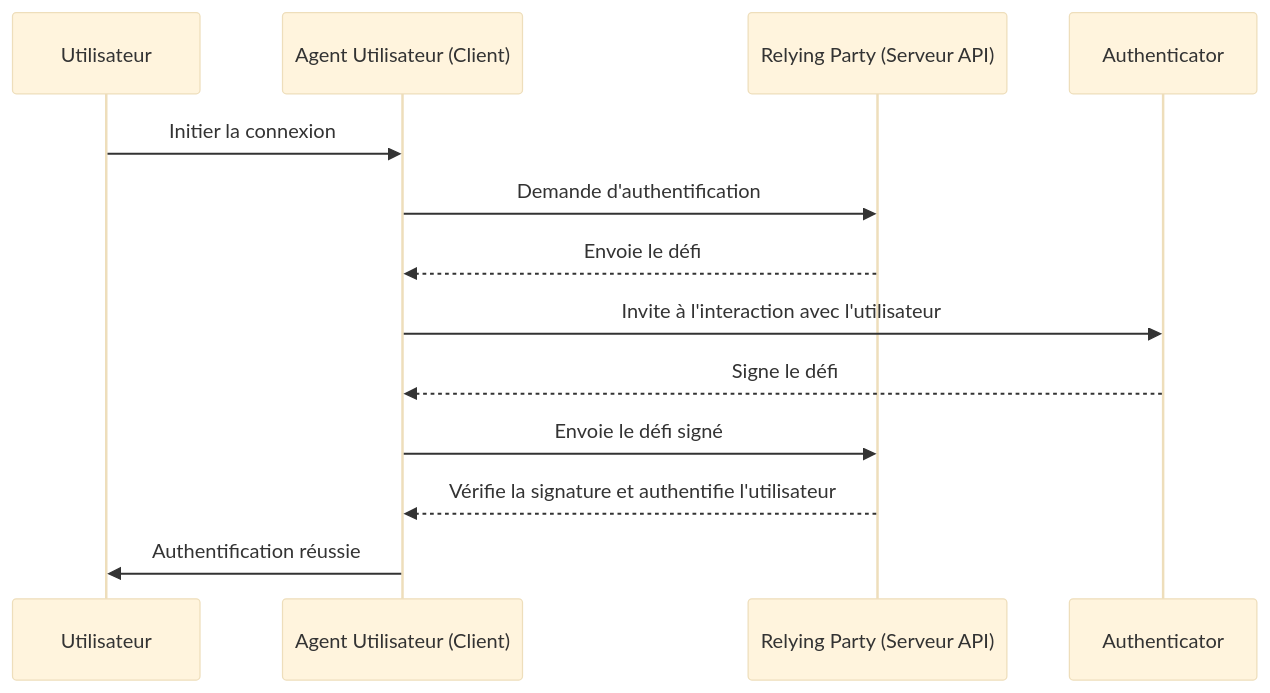
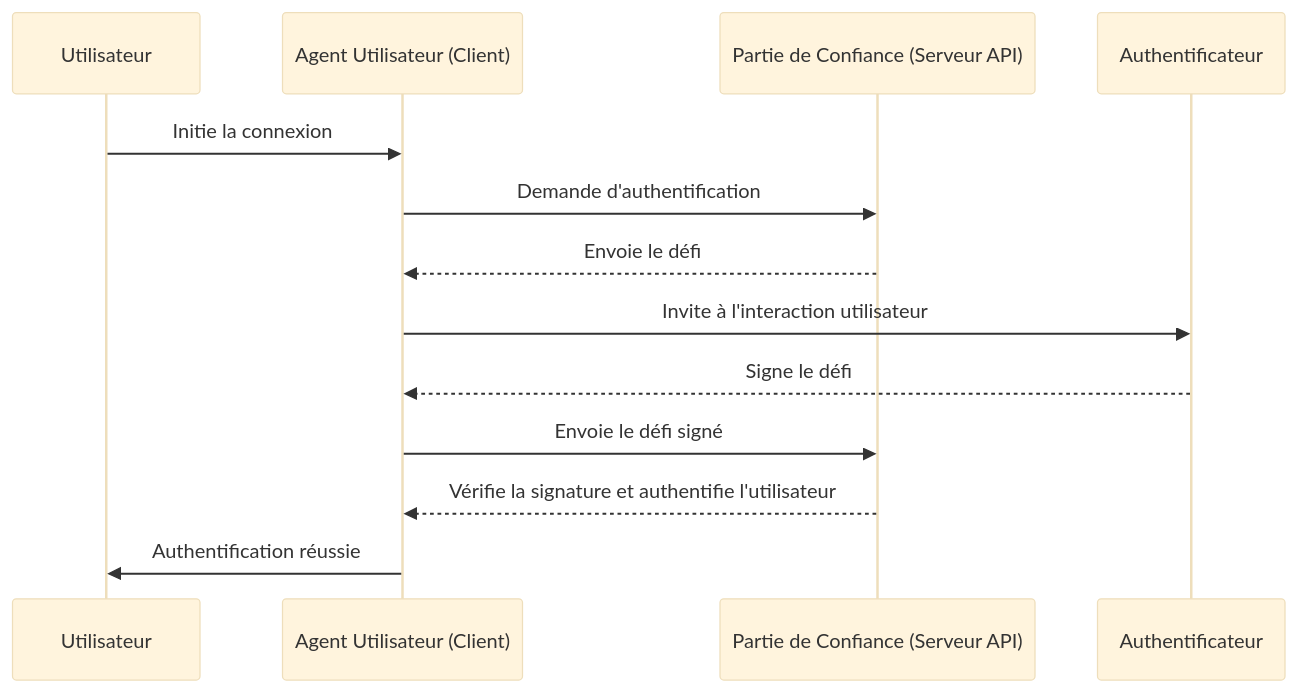
The second of 2 diagrams in src/content/terms/fr/webauthn.mdx (logto-io/auth-wiki), drawn with Mermaid (base theme) before and after one commit. The commit also changed other lines of this file and 98 other files, not shown here.

````diff
--- a/src/content/terms/fr/webauthn.mdx
+++ b/src/content/terms/fr/webauthn.mdx
@@ -67,16 +75,16 @@
 ```mermaid
 sequenceDiagram
 	participant Utilisateur
 	participant Agent Utilisateur (Client)
-	participant Relying Party (Serveur API)
-	participant Authenticator
+	participant Partie de Confiance (Serveur API)
+	participant Authentificateur
 
-	Utilisateur ->> Agent Utilisateur (Client): Initier la connexion
-	Agent Utilisateur (Client) ->> Relying Party (Serveur API): Demande d'authentification
-	Relying Party (Serveur API) -->> Agent Utilisateur (Client): Envoie le défi
-	Agent Utilisateur (Client) ->> Authenticator: Invite à l'interaction avec l'utilisateur
-	Authenticator -->> Agent Utilisateur (Client): Signe le défi
-	Agent Utilisateur (Client) ->> Relying Party (Serveur API): Envoie le défi signé
-	Relying Party (Serveur API) -->> Agent Utilisateur (Client): Vérifie la signature et authentifie l'utilisateur
+	Utilisateur ->> Agent Utilisateur (Client): Initie la connexion
+	Agent Utilisateur (Client) ->> Partie de Confiance (Serveur API): Demande d'authentification
+	Partie de Confiance (Serveur API) -->> Agent Utilisateur (Client): Envoie le défi
+	Agent Utilisateur (Client) ->> Authentificateur: Invite à l'interaction utilisateur
+	Authentificateur -->> Agent Utilisateur (Client): Signe le défi
+	Agent Utilisateur (Client) ->> Partie de Confiance (Serveur API): Envoie le défi signé
+	Partie de Confiance (Serveur API) -->> Agent Utilisateur (Client): Vérifie la signature et authentifie l'utilisateur
 	Agent Utilisateur (Client) ->> Utilisateur: Authentification réussie
 ```
````
